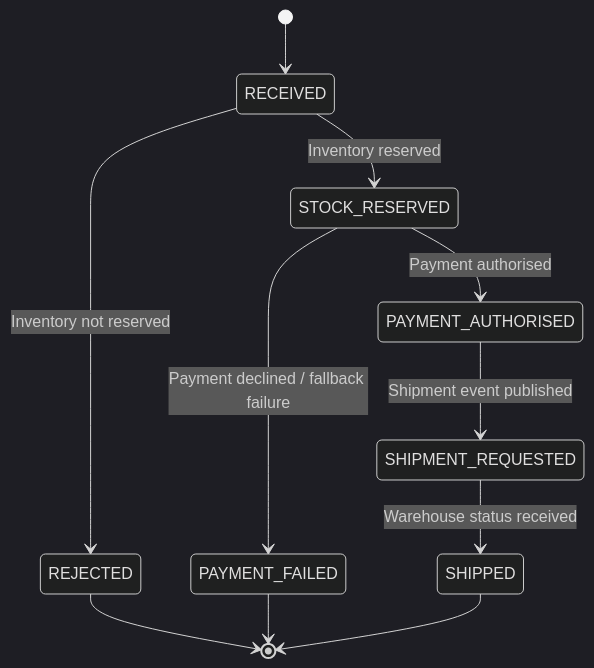
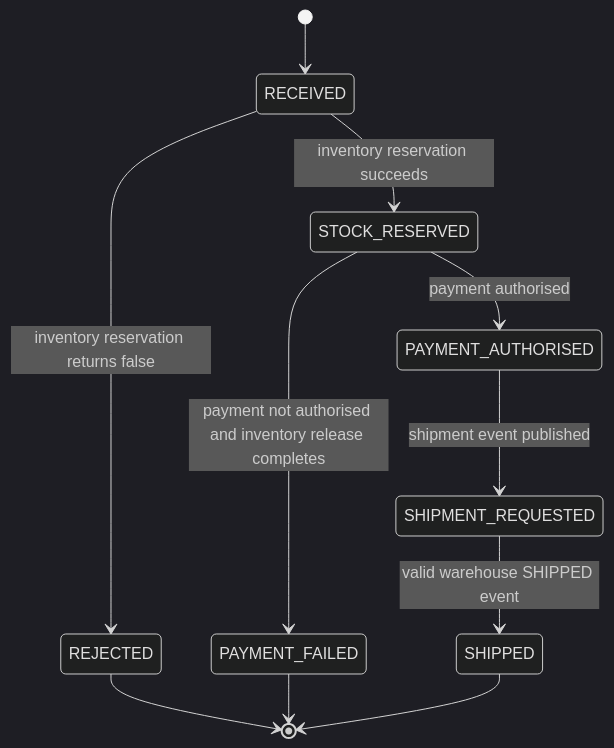
One commit to manoj0708r/integration-hub changed the second of 2 diagrams in docs/design-note.md. Above: the diagram before and after it, drawn with Mermaid (dark theme). The commit also changed other lines of this file, not shown here.

````diff
--- a/docs/design-note.md
+++ b/docs/design-note.md
@@ -267,13 +118,13 @@
 ```mermaid
 stateDiagram-v2
     [*] --> RECEIVED
-    RECEIVED --> REJECTED: Inventory not reserved
-    RECEIVED --> STOCK_RESERVED: Inventory reserved
-    STOCK_RESERVED --> PAYMENT_FAILED: Payment declined / fallback failure
-    STOCK_RESERVED --> PAYMENT_AUTHORISED: Payment authorised
-    PAYMENT_AUTHORISED --> SHIPMENT_REQUESTED: Shipment event published
-    SHIPMENT_REQUESTED --> SHIPPED: Warehouse status received
+    RECEIVED --> REJECTED: inventory reservation returns false
+    RECEIVED --> STOCK_RESERVED: inventory reservation succeeds
+    STOCK_RESERVED --> PAYMENT_FAILED: payment not authorised and inventory release completes
+    STOCK_RESERVED --> PAYMENT_AUTHORISED: payment authorised
+    PAYMENT_AUTHORISED --> SHIPMENT_REQUESTED: shipment event published
+    SHIPMENT_REQUESTED --> SHIPPED: valid warehouse SHIPPED event
     REJECTED --> [*]
     PAYMENT_FAILED --> [*]
     SHIPPED --> [*]
 ```
````
